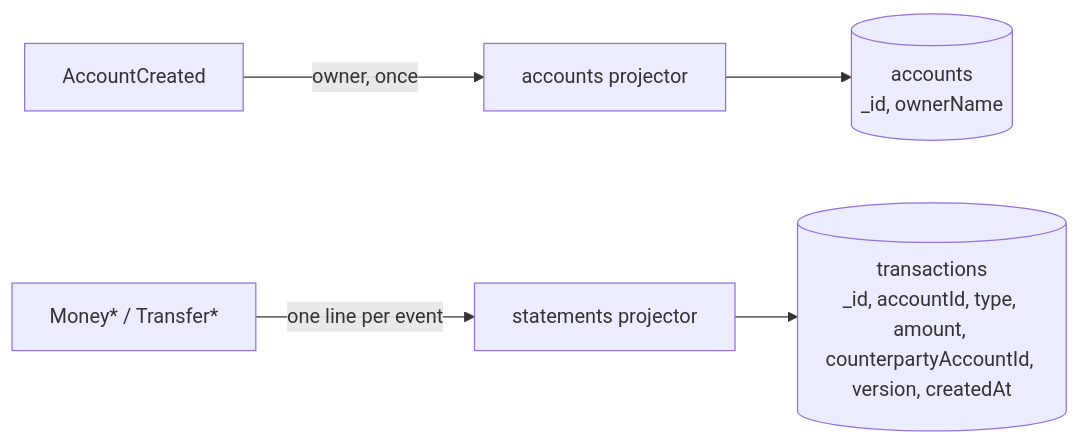
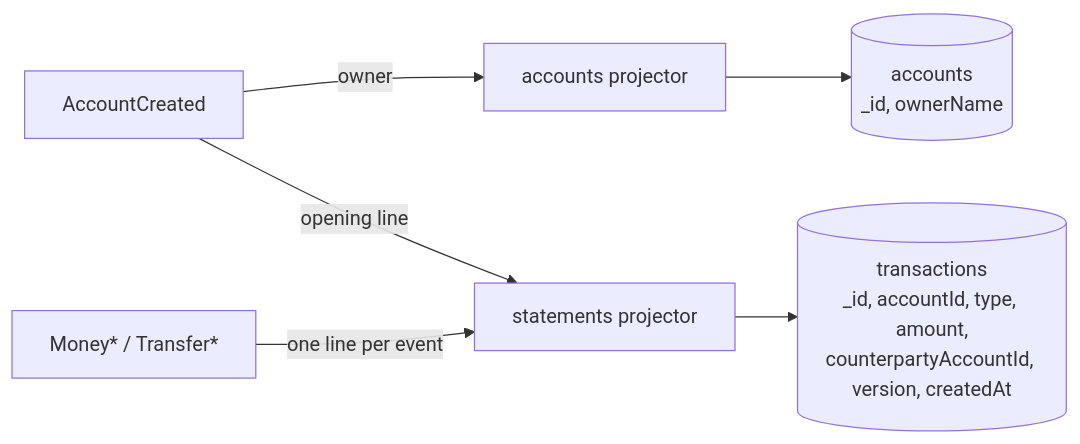
One commit to gianluca-pettenon/idempotent-ledger changed the third of 3 diagrams in README.md. Above: the diagram before and after it, drawn with Mermaid. The commit also changed other lines of this file, not shown here.

````diff
--- a/README.md
+++ b/README.md
@@ -58,14 +96,15 @@
 ```mermaid
 flowchart LR
     created["AccountCreated"]
     movement["Money* / Transfer*"]
-    owners["accounts projector"]
-    statements["statements projector"]
+    accountsProjector["accounts projector"]
+    statementsProjector["statements projector"]
     accounts[("accounts<br/>_id, ownerName")]
-    transactions[("transactions<br/>_id, accountId, type, amount, counterpartyAccountId, version, createdAt")]
+    transactions[("transactions<br/>_id, accountId, type, amount,<br/>counterpartyAccountId, version, createdAt")]
 
-    created -- "owner, once" --> owners
-    owners --> accounts
-    movement -- "one line per event" --> statements
-    statements --> transactions
+    created -- "owner" --> accountsProjector
+    created -- "opening line" --> statementsProjector
+    movement -- "one line per event" --> statementsProjector
+    accountsProjector --> accounts
+    statementsProjector --> transactions
 ```
````
